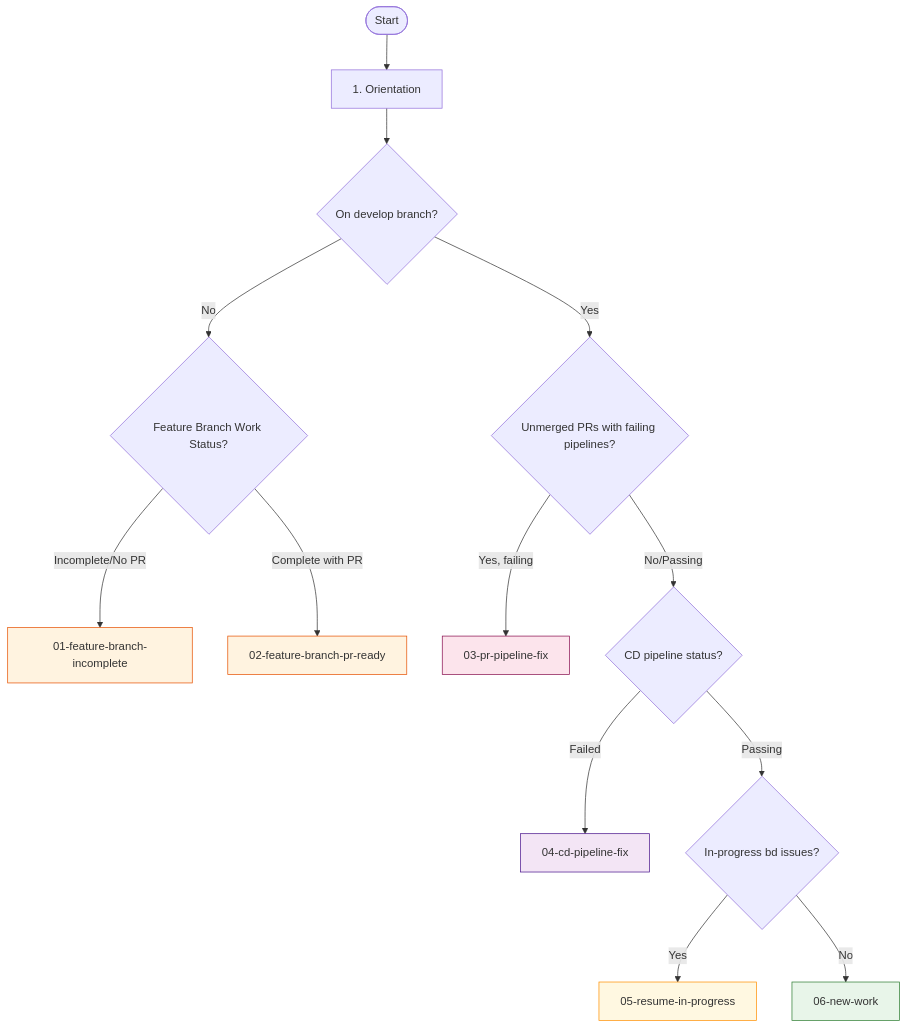
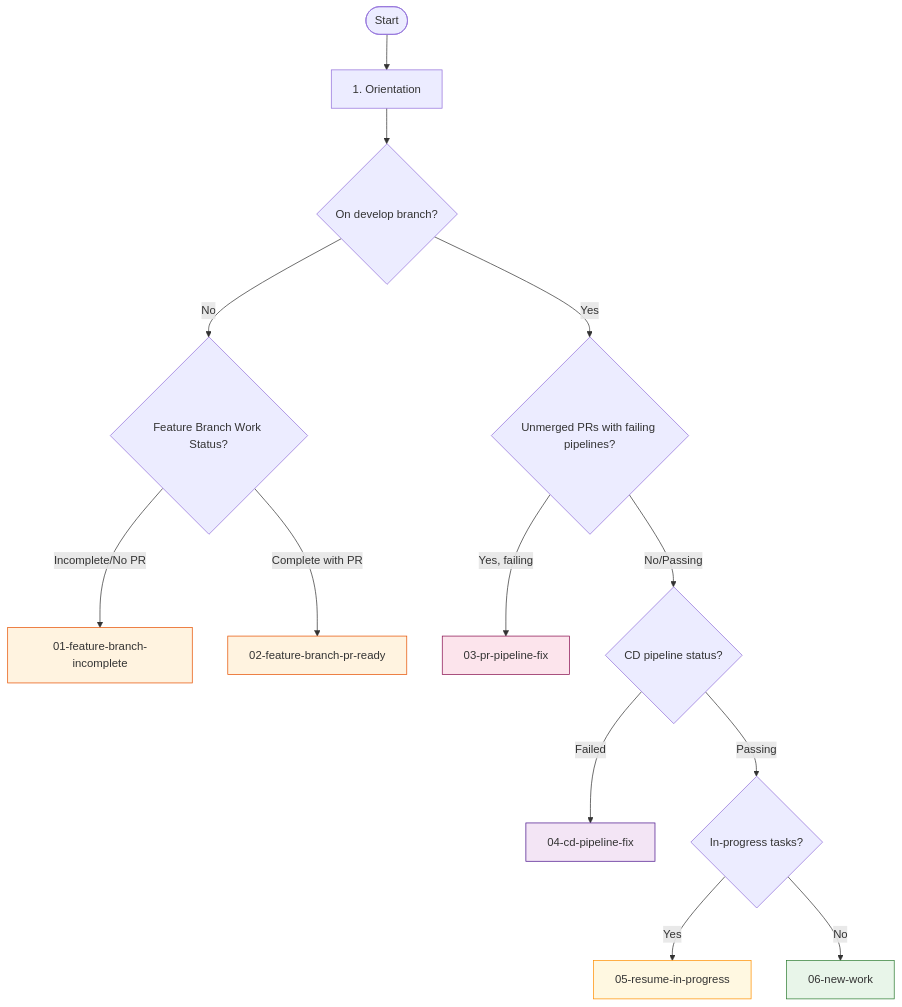
One commit to htxryan/ralph-tui changed the diagram in .ralph/workflows/README.md. Above: the diagram before and after it, drawn with Mermaid. The commit also changed other lines of this file and 22 other files, not shown here.

````diff
--- a/.ralph/workflows/README.md
+++ b/.ralph/workflows/README.md
@@ -7,26 +7,26 @@
 ```mermaid
 flowchart TD
     START([Start]) --> ORI[1. Orientation]
     ORI --> DEV{On develop branch?}
 
     DEV -->|No| FB{Feature Branch Work Status?}
     FB -->|Incomplete/No PR| W1[01-feature-branch-incomplete]
     FB -->|Complete with PR| W2[02-feature-branch-pr-ready]
 
     DEV -->|Yes| PR{Unmerged PRs with failing pipelines?}
     PR -->|Yes, failing| W3[03-pr-pipeline-fix]
     PR -->|No/Passing| CD{CD pipeline status?}
 
     CD -->|Failed| W4[04-cd-pipeline-fix]
-    CD -->|Passing| IP{In-progress bd issues?}
+    CD -->|Passing| IP{In-progress tasks?}
 
     IP -->|Yes| W5[05-resume-in-progress]
     IP -->|No| W6[06-new-work]
 
     style W1 fill:#fff3e0,stroke:#e65100
     style W2 fill:#fff3e0,stroke:#e65100
     style W3 fill:#fce4ec,stroke:#880e4f
     style W4 fill:#f3e5f5,stroke:#4a148c
     style W5 fill:#fff8e1,stroke:#ff8f00
     style W6 fill:#e8f5e9,stroke:#2e7d32
 ```
````
